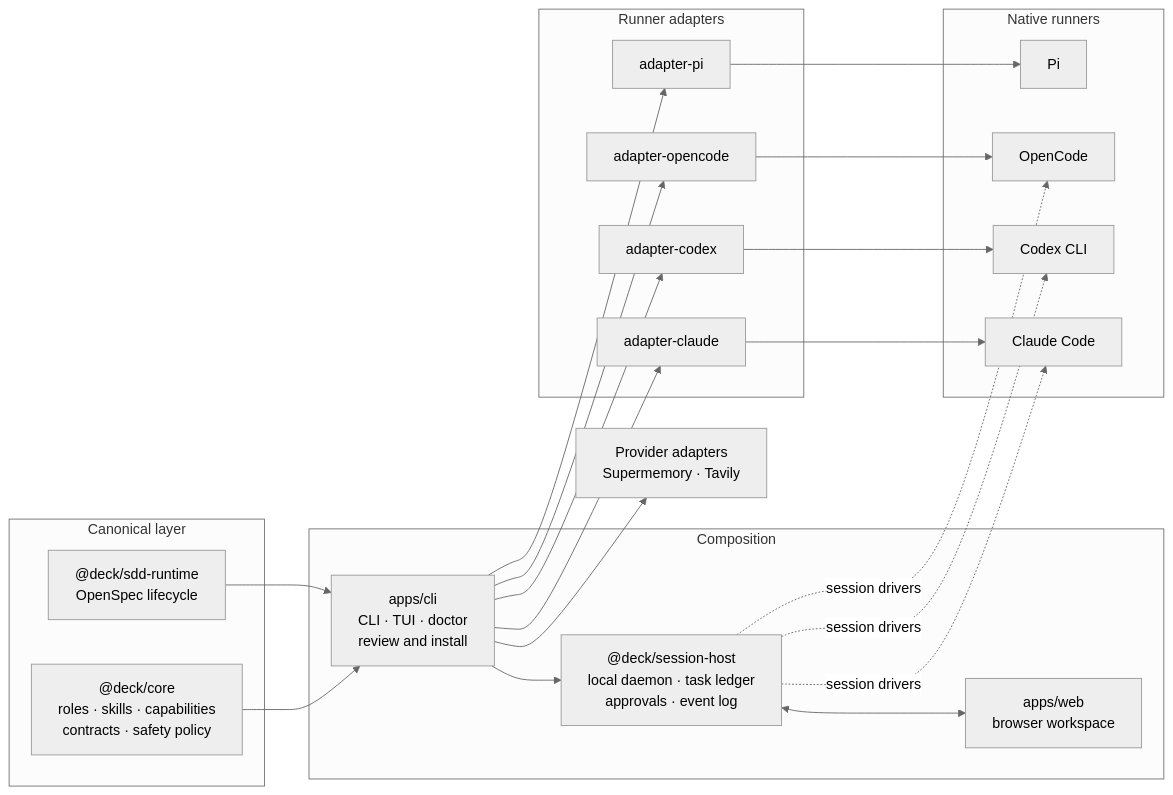
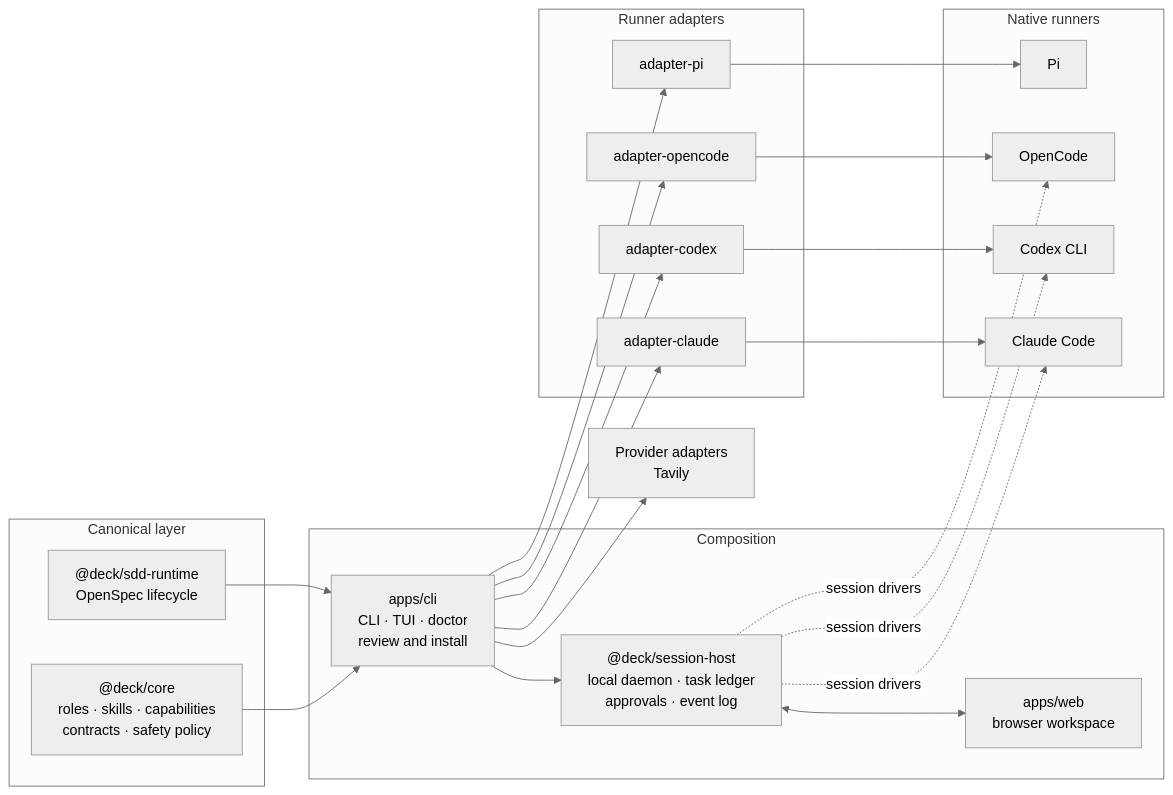
One commit to kevin15011/deck changed the first of 2 diagrams in README.md. Above: the diagram before and after it, drawn with Mermaid (neutral theme). The commit also changed other lines of this file and 483 other files, not shown here.

````diff
--- a/README.md
+++ b/README.md
@@ -45,37 +44,37 @@
 ```mermaid
 flowchart LR
     subgraph Canonical["Canonical layer"]
         Core["@deck/core<br/>roles · skills · capabilities<br/>contracts · safety policy"]
         SDD["@deck/sdd-runtime<br/>OpenSpec lifecycle"]
     end
     subgraph Compose["Composition"]
         CLI["apps/cli<br/>CLI · TUI · doctor<br/>review and install"]
         Host["@deck/session-host<br/>local daemon · task ledger<br/>approvals · event log"]
         Web["apps/web<br/>browser workspace"]
     end
     subgraph Adapters["Runner adapters"]
         APi["adapter-pi"]
         AOc["adapter-opencode"]
         ACx["adapter-codex"]
         ACl["adapter-claude"]
     end
     subgraph Runners["Native runners"]
         Pi["Pi"]
         OC["OpenCode"]
         Cx["Codex CLI"]
         Cl["Claude Code"]
     end
-    Providers["Provider adapters<br/>Supermemory · Tavily"]
+    Providers["Provider adapters<br/>Tavily"]
 
     Core --> CLI
     SDD --> CLI
     CLI --> APi & AOc & ACx & ACl
     APi --> Pi
     AOc --> OC
     ACx --> Cx
     ACl --> Cl
     CLI --> Host
     Host <--> Web
     Host -. session drivers .-> Cl & Cx & OC
     CLI --> Providers
 ```
````
